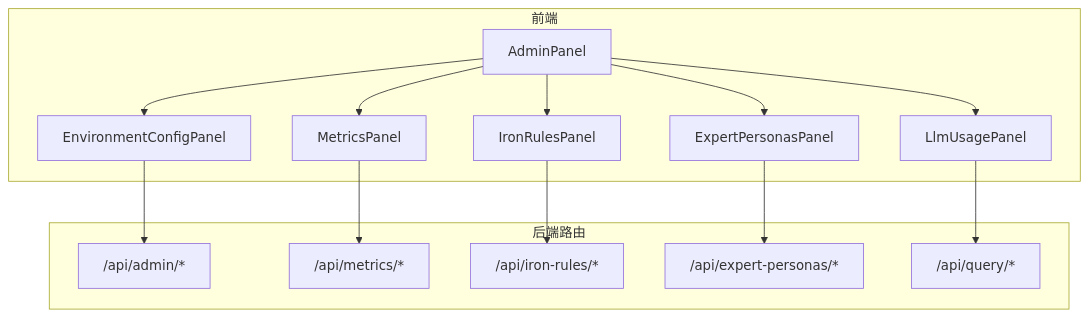
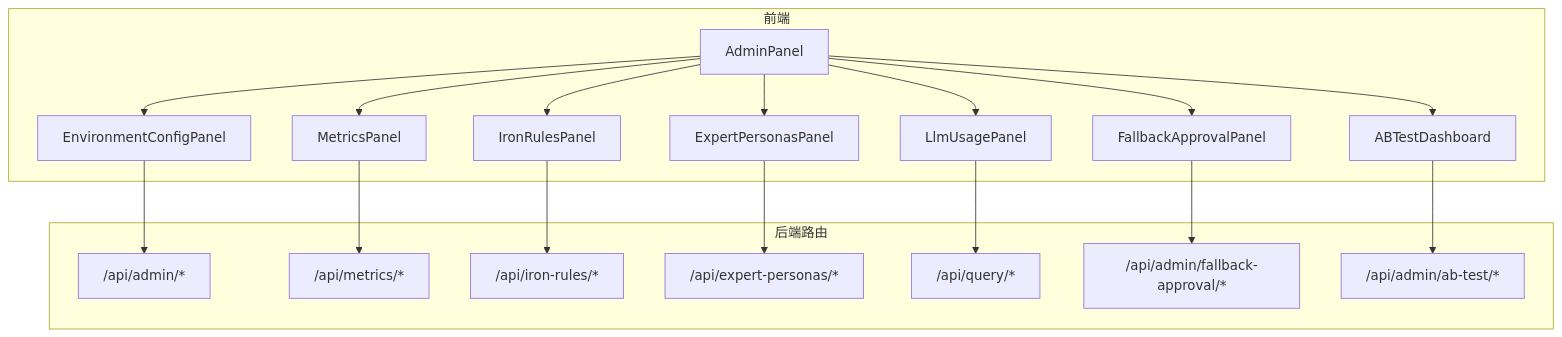
One commit to dgjin/smart-data-analytics changed the first of 11 diagrams in .qoder/repowiki/zh/content/前端应用/核心组件库/管理面板组件.md. Above: the diagram before and after it, drawn with Mermaid. The commit also changed other lines of this file and 66 other files, not shown here.

````diff
--- a/.qoder/repowiki/zh/content/前端应用/核心组件库/管理面板组件.md
+++ b/.qoder/repowiki/zh/content/前端应用/核心组件库/管理面板组件.md
@@ -43,28 +57,36 @@
 ```mermaid
 graph TB
 subgraph "前端"
 AP["AdminPanel"]
 MP["MetricsPanel"]
 LU["LlmUsagePanel"]
 EC["EnvironmentConfigPanel"]
 IR["IronRulesPanel"]
 EP["ExpertPersonasPanel"]
+FA["FallbackApprovalPanel"]
+AB["ABTestDashboard"]
 end
 subgraph "后端路由"
 R_ADMIN["/api/admin/*"]
 R_METRICS["/api/metrics/*"]
 R_IRON["/api/iron-rules/*"]
 R_PERSONA["/api/expert-personas/*"]
 R_QUERY["/api/query/*"]
+R_FALLBACK["/api/admin/fallback-approval/*"]
+R_ABTEST["/api/admin/ab-test/*"]
 end
 AP --> MP
 AP --> LU
 AP --> EC
 AP --> IR
 AP --> EP
+AP --> FA
+AP --> AB
 MP --> R_METRICS
 LU --> R_QUERY
 EC --> R_ADMIN
 IR --> R_IRON
 EP --> R_PERSONA
+FA --> R_FALLBACK
+AB --> R_ABTEST
 ```
````
